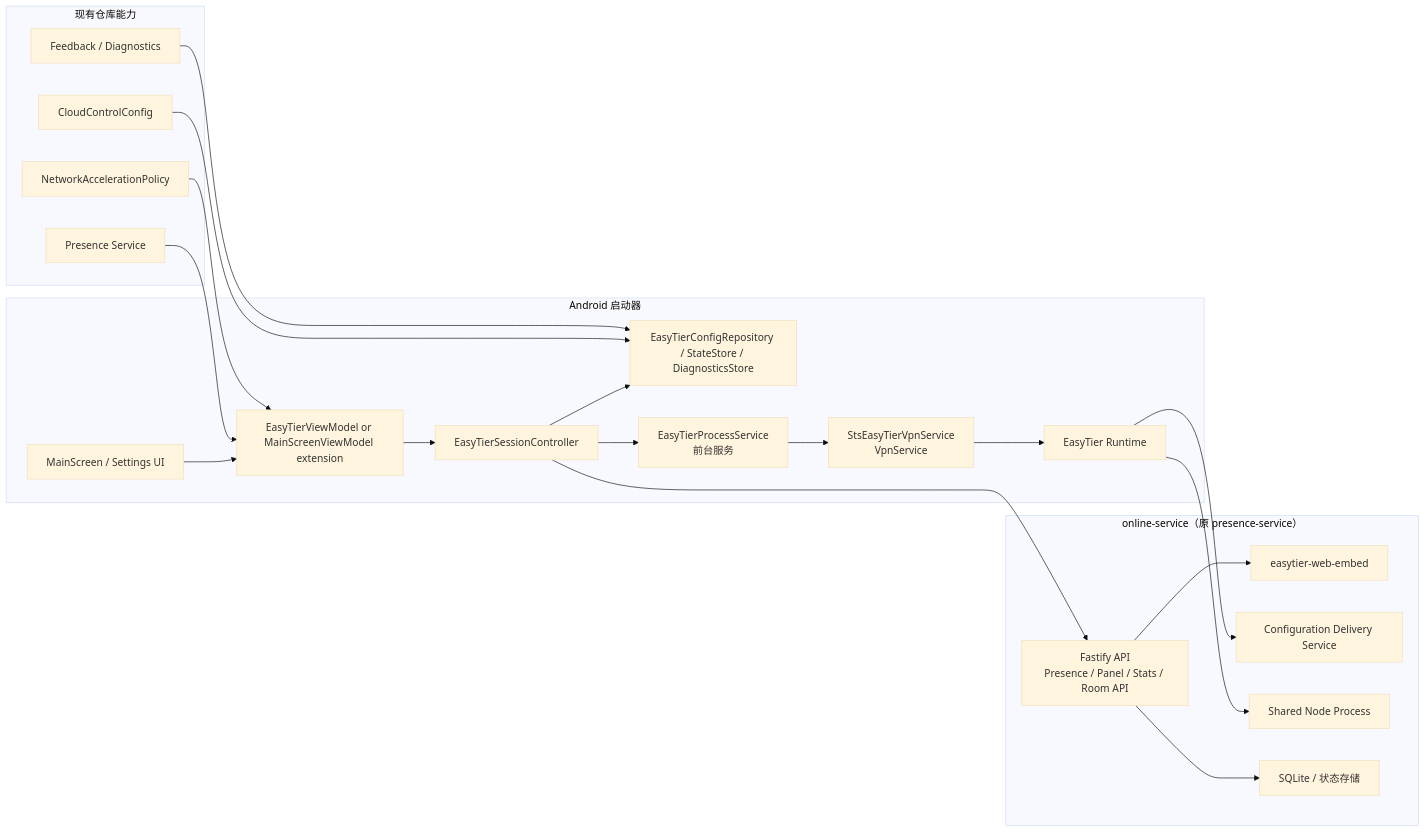
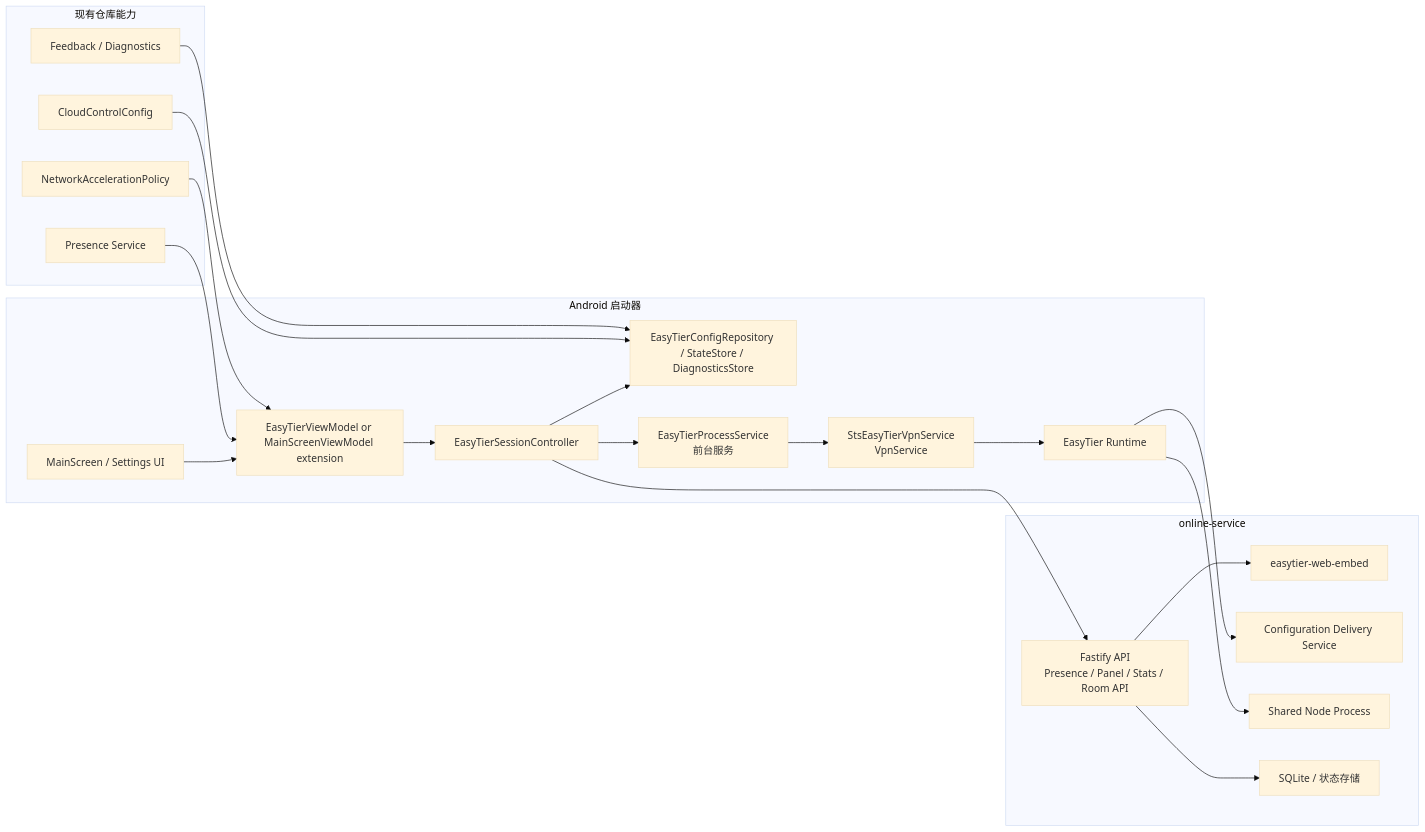
Before and after one commit to ModinMobileSTS/SlayTheAmethystModded: the first of 2 diagrams in docs/architecture/easytier-virtual-network-plan.md, drawn with Mermaid (base theme). The commit also changed other lines of this file and 32 other files, not shown here.

Commit message:
chores: rename presence-service to online-service

````diff
--- a/docs/architecture/easytier-virtual-network-plan.md
+++ b/docs/architecture/easytier-virtual-network-plan.md
@@ -113,45 +113,45 @@
 ```mermaid
 flowchart LR
     subgraph Launcher["Android 启动器"]
         UI["MainScreen / Settings UI"]
         VM["EasyTierViewModel or MainScreenViewModel extension"]
         Ctrl["EasyTierSessionController"]
         Repo["EasyTierConfigRepository / StateStore / DiagnosticsStore"]
         Fg["EasyTierProcessService<br/>前台服务"]
         Vpn["StsEasyTierVpnService<br/>VpnService"]
         Runtime["EasyTier Runtime"]
     end
 
-    subgraph Online["online-service（原 presence-service）"]
+    subgraph Online["online-service"]
         Http["Fastify API<br/>Presence / Panel / Stats / Room API"]
         Console["easytier-web-embed"]
         ConfigSvc["Configuration Delivery Service"]
         Relay["Shared Node Process"]
         Db["SQLite / 状态存储"]
     end
 
     subgraph Existing["现有仓库能力"]
         Cloud["CloudControlConfig"]
         Presence["Presence Service"]
         Policy["NetworkAccelerationPolicy"]
         Feedback["Feedback / Diagnostics"]
     end
 
     UI --> VM
     VM --> Ctrl
     Ctrl --> Repo
     Ctrl --> Fg
     Fg --> Vpn
     Vpn --> Runtime
 
     Cloud --> Repo
     Presence --> VM
     Policy --> VM
     Feedback --> Repo
 
     Ctrl --> Http
     Runtime --> ConfigSvc
     Runtime --> Relay
     Http --> Console
     Http --> Db
 ```
````
